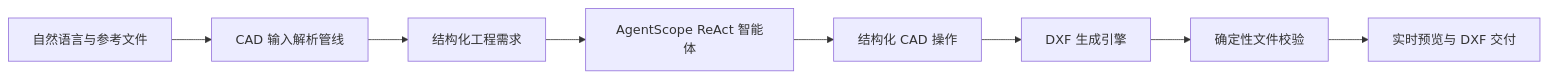
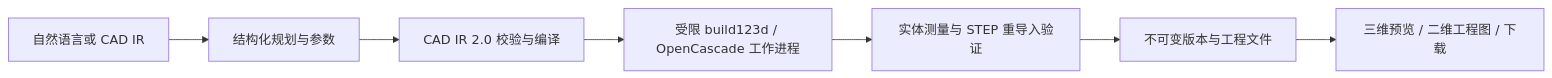
One commit to Jane-o-O-o-O/Agent-CAD changed the diagram in README_zh.md. Above: the diagram before and after it, drawn with Mermaid. The commit also changed other lines of this file and 1 other file, not shown here.

````diff
--- a/README_zh.md
+++ b/README_zh.md
@@ -81,10 +203,9 @@
 ```mermaid
 flowchart LR
-    A[自然语言与参考文件] --> B[CAD 输入解析管线]
-    B --> C[结构化工程需求]
-    C --> D[AgentScope ReAct 智能体]
-    D --> E[结构化 CAD 操作]
-    E --> F[DXF 生成引擎]
-    F --> G[确定性文件校验]
-    G --> H[实时预览与 DXF 交付]
+    A[自然语言或 CAD IR] --> B[结构化规划与参数]
+    B --> C[CAD IR 2.0 校验与编译]
+    C --> D[受限 build123d / OpenCascade 工作进程]
+    D --> E[实体测量与 STEP 重导入验证]
+    E --> F[不可变版本与工程文件]
+    F --> G[三维预览 / 二维工程图 / 下载]
 ```
````
